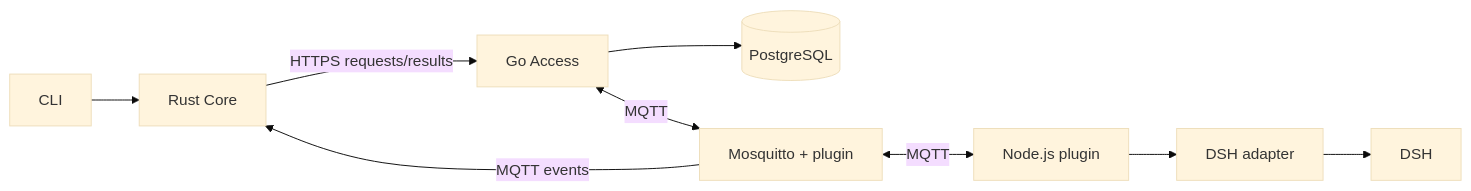
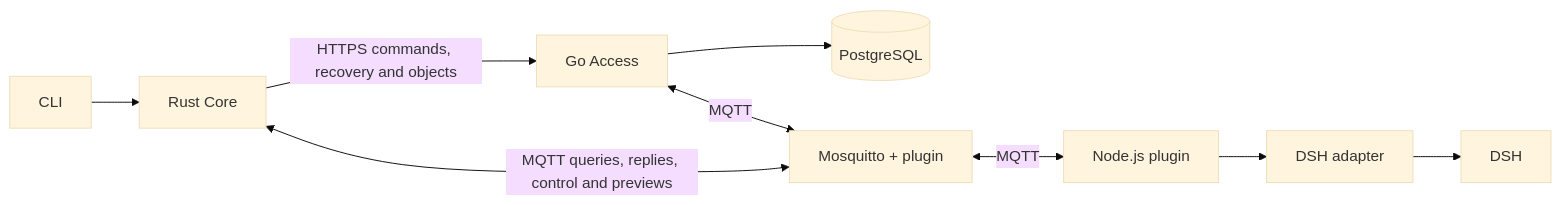
One commit to haodong32/whalerein changed the diagram in docs/architecture.md. Above: the diagram before and after it, drawn with Mermaid (base theme). The commit also changed 65 other files, not shown here.

First line of the commit message:
fix: bind MQTT waits and relay results to their owners

````diff
--- a/docs/architecture.md
+++ b/docs/architecture.md
@@ -9,11 +9,11 @@
 ```mermaid
 flowchart LR
     CLI[CLI] --> Core[Rust Core]
-    Core -->|HTTPS requests/results| Access[Go Access]
+    Core -->|HTTPS commands, recovery and objects| Access[Go Access]
     Access --> DB[(PostgreSQL)]
     Access <-->|MQTT| Broker[Mosquitto + plugin]
     Broker <-->|MQTT| Plugin[Node.js plugin]
-    Broker -->|MQTT events| Core
+    Broker <-->|MQTT queries, replies, control and previews| Core
     Plugin --> Adapter[DSH adapter]
     Adapter --> DSH[DSH]
 ```
````
